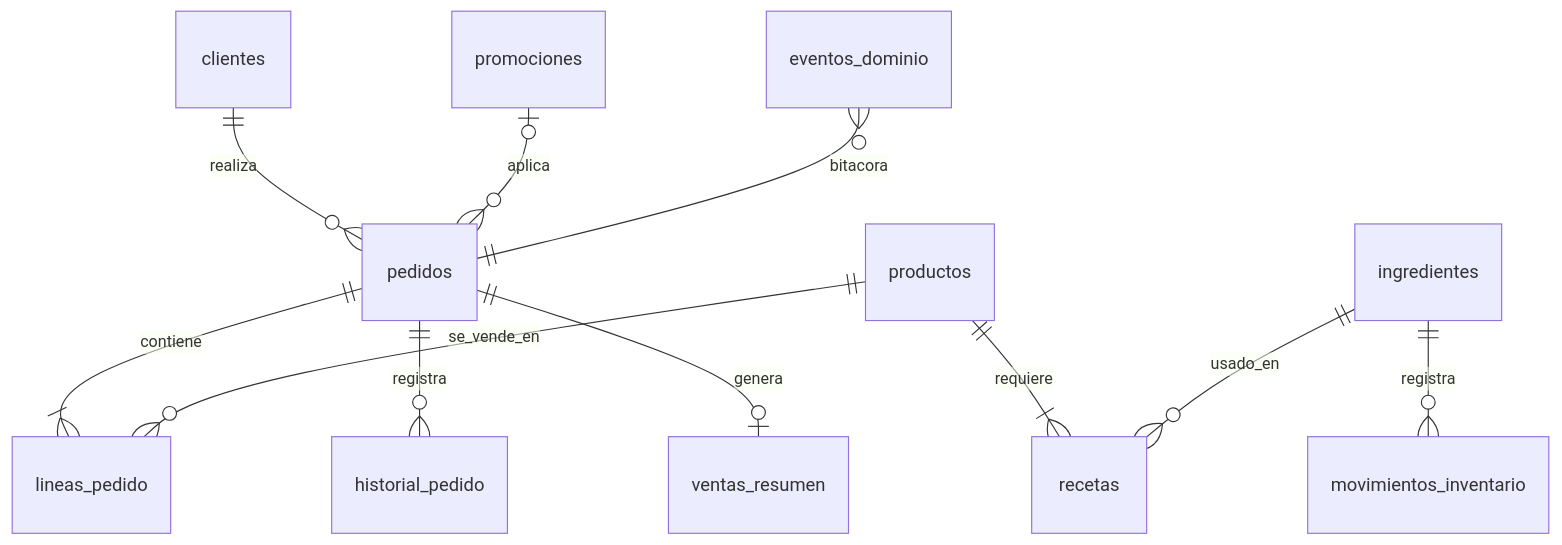
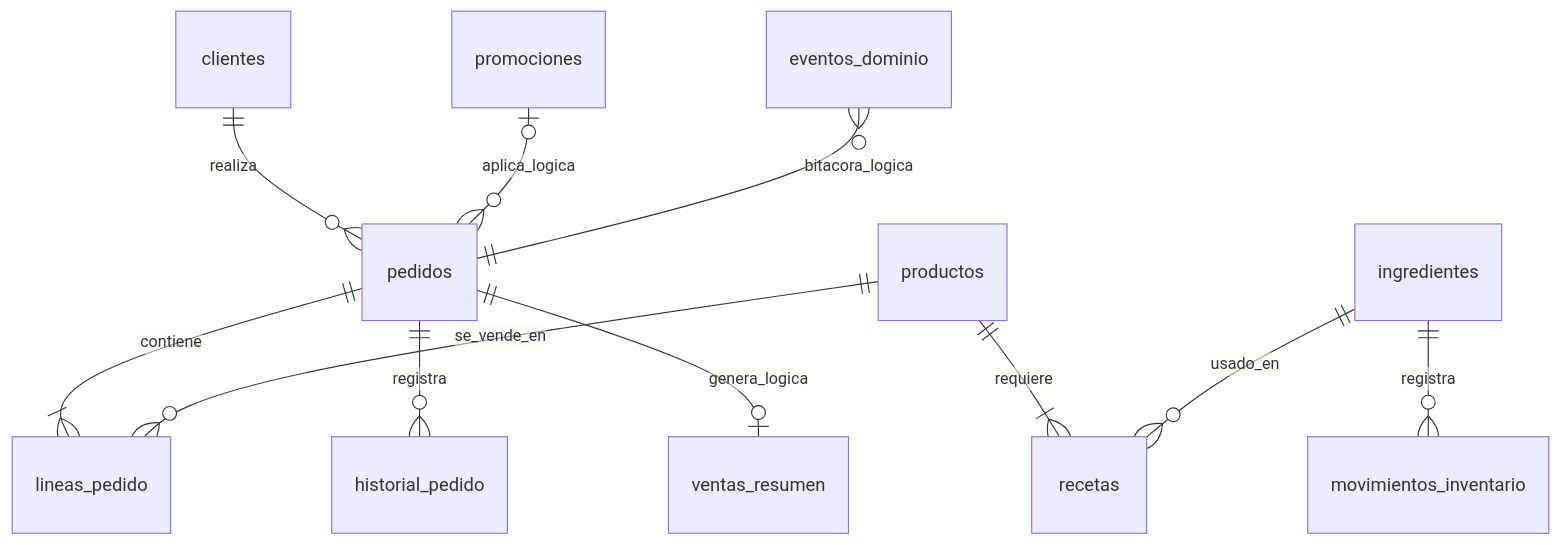
Before and after one commit to Sebastian-Esp1/PIA-CLN-EQUIPO-3: the diagram in docs/architecture/diagrams/er.mmd, drawn with Mermaid. The commit also changed 7 other files, not shown here.

Commit message:
docs: glosario, correspondencia UML-código

```diff
--- a/docs/architecture/diagrams/er.mmd
+++ b/docs/architecture/diagrams/er.mmd
@@ -1,11 +1,11 @@
 erDiagram
   clientes ||--o{ pedidos : realiza
   pedidos ||--|{ lineas_pedido : contiene
   pedidos ||--o{ historial_pedido : registra
-  promociones |o--o{ pedidos : aplica
+  promociones |o--o{ pedidos : aplica_logica
   productos ||--o{ lineas_pedido : se_vende_en
   productos ||--|{ recetas : requiere
   ingredientes ||--o{ recetas : usado_en
   ingredientes ||--o{ movimientos_inventario : registra
-  pedidos ||--o| ventas_resumen : genera
-  eventos_dominio }o--|| pedidos : bitacora
+  pedidos ||--o| ventas_resumen : genera_logica
+  eventos_dominio }o--|| pedidos : bitacora_logica
```
